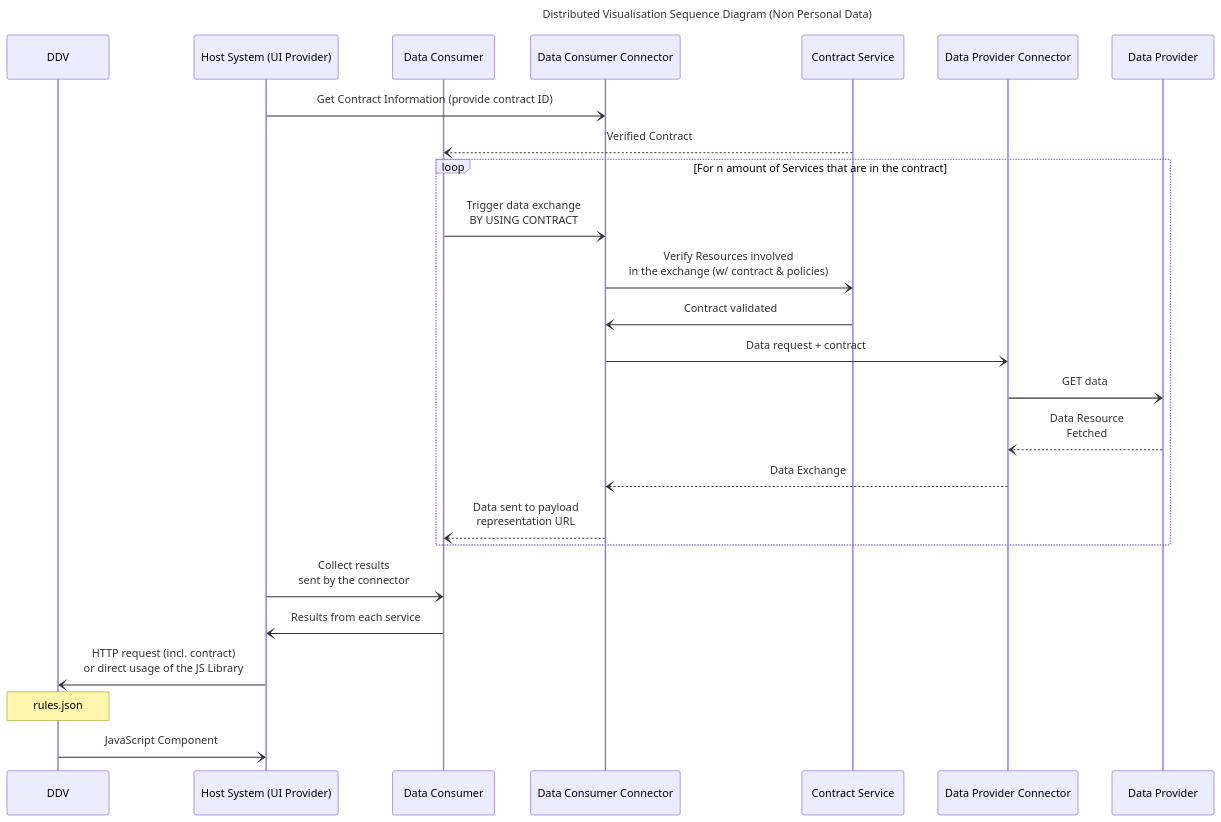
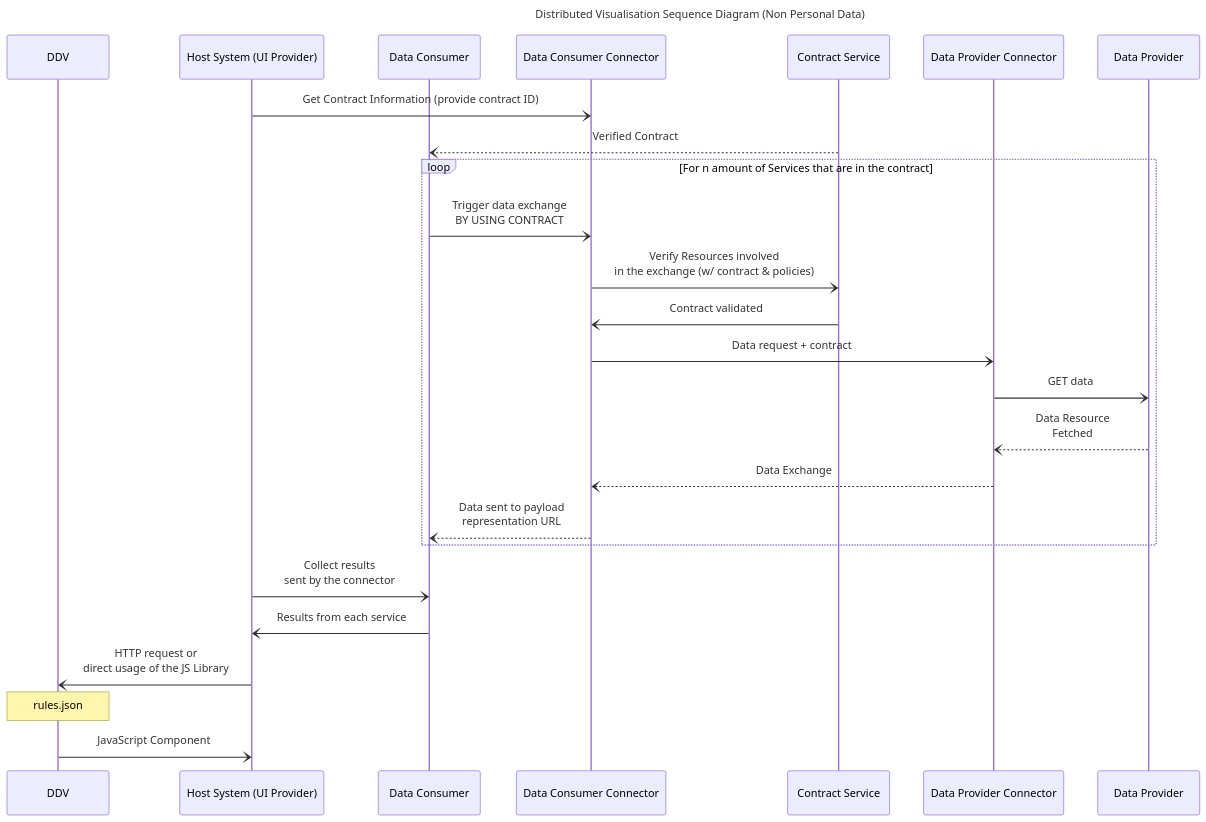
The second of 3 diagrams in docs/design-document.md (azapat/distributed-datavis), drawn with Mermaid before and after one commit. The commit also changed other lines of this file and 36 other files, not shown here.

````diff
--- a/docs/design-document.md
+++ b/docs/design-document.md
@@ -248,36 +232,36 @@
 ```mermaid
 ---
 title: Distributed Visualisation Sequence Diagram (Non Personal Data)
 ---
 
 sequenceDiagram
     participant ddv as DDV
     participant host as Host System (UI Provider)
     participant dc as Data Consumer
     participant dccon as Data Consumer Connector
     participant con as Contract Service
     participant dpcon as Data Provider Connector
     participant dp as Data Provider
     
     host -) dccon: Get Contract Information (provide contract ID)
     con --) dc: Verified Contract
 
 
     loop For n amount of Services that are in the contract
     dc -) dccon: Trigger data exchange<br>BY USING CONTRACT
     dccon -) con: Verify Resources involved <br> in the exchange  (w/ contract & policies)
     con -) dccon : Contract validated
     dccon -) dpcon: Data request + contract
     dpcon -) dp: GET data
     dp --) dpcon: Data Resource <br> Fetched
     dpcon --) dccon: Data Exchange
     dccon --) dc: Data sent to payload <br> representation URL
 
     end
 
     host -) dc: Collect results <br> sent by the connector
     dc -) host: Results from each service
-    host -) ddv: HTTP request (incl. contract) <br> or direct usage of the JS Library
+    host -) ddv: HTTP request or <br> direct usage of the JS Library
     Note over ddv: rules.json
     ddv -)  host: JavaScript Component
 ```
````
